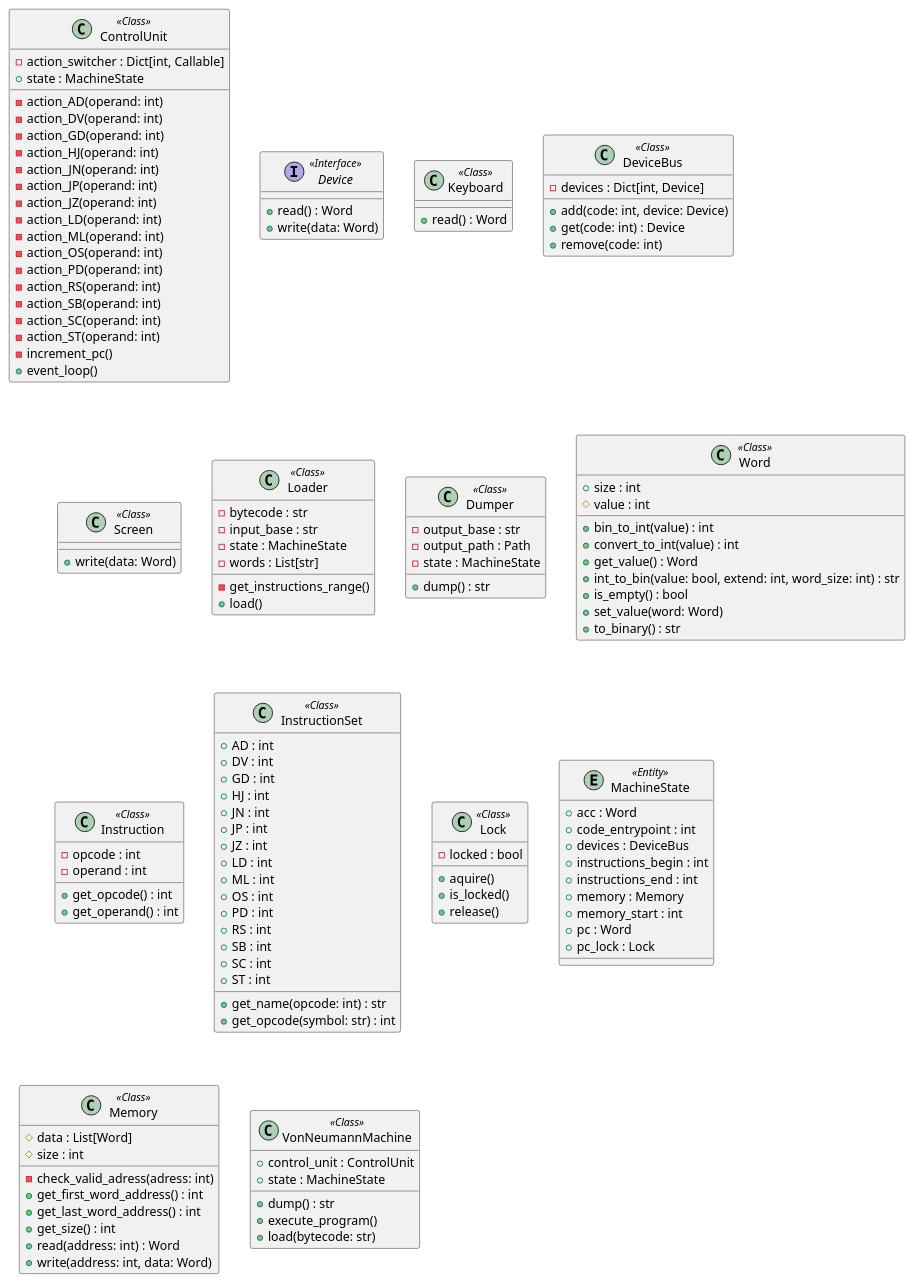
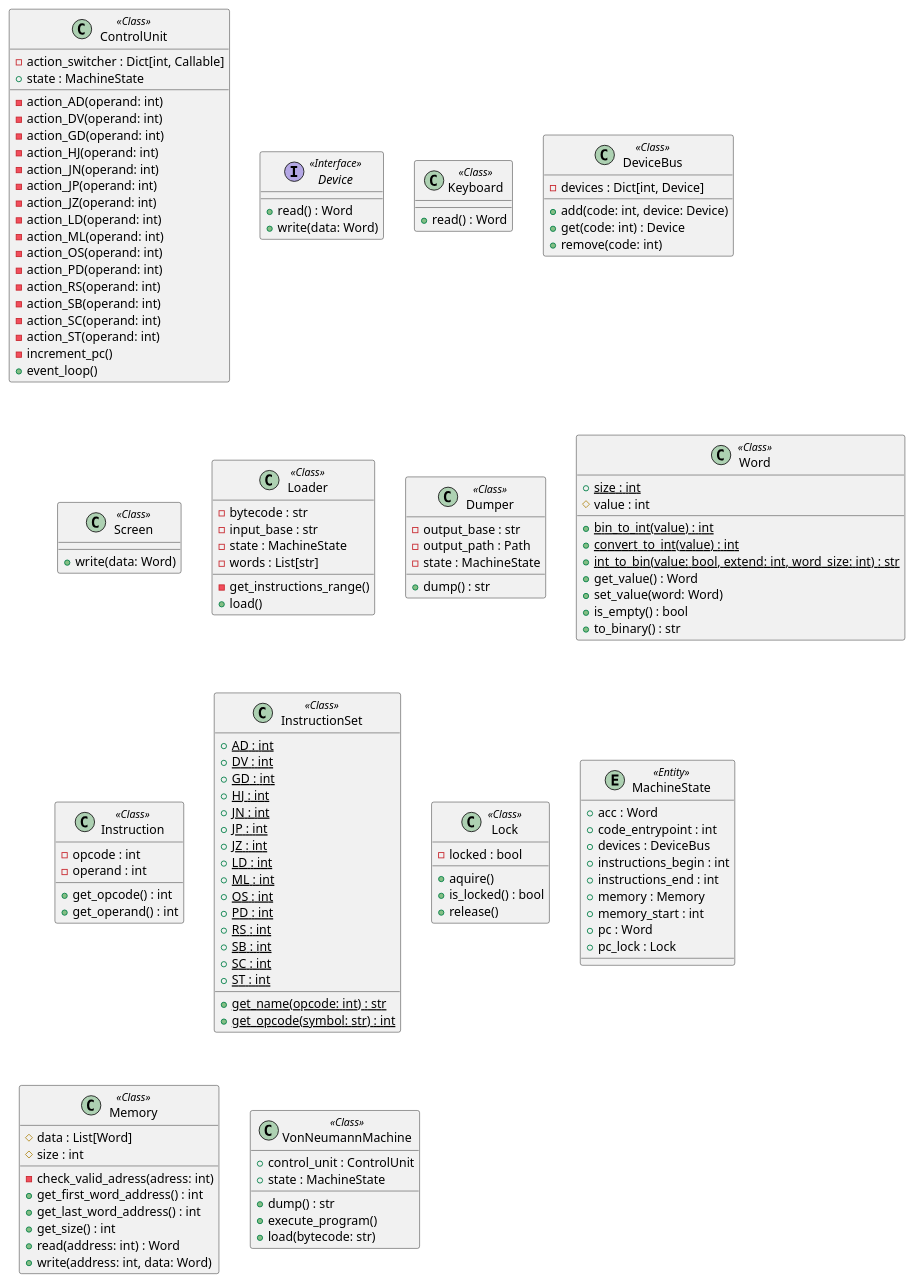
The diagram in uml/classes.iuml (nmcardoso/von-neumann-machine), drawn with PlantUML before and after one commit.

Commit message:
campos estáticos

```diff
--- a/uml/classes.iuml
+++ b/uml/classes.iuml
@@ -1,177 +1,178 @@
 @startuml classes
 set namespaceSeparator none
 
 ''''''''''''''''''''''''''''''''''''''''''''''
 '''''''''''''' PACKAGE: CONTROL ''''''''''''''
 ''''''''''''''''''''''''''''''''''''''''''''''
 
 class "ControlUnit" as pyvnm.vm.control.ControlUnit <<Class>> {
   -action_switcher : Dict[int, Callable]
   +state : MachineState
   -action_AD(operand: int)
   -action_DV(operand: int)
   -action_GD(operand: int)
   -action_HJ(operand: int)
   -action_JN(operand: int)
   -action_JP(operand: int)
   -action_JZ(operand: int)
   -action_LD(operand: int)
   -action_ML(operand: int)
   -action_OS(operand: int)
   -action_PD(operand: int)
   -action_RS(operand: int)
   -action_SB(operand: int)
   -action_SC(operand: int)
   -action_ST(operand: int)
   -increment_pc()
   +event_loop()
 }
 
 
 '''''''''''''''''''''''''''''''''''''''''''''
 '''''''''''''' PACKAGE: DEVICE ''''''''''''''
 '''''''''''''''''''''''''''''''''''''''''''''
 
 interface "Device" as pyvnm.vm.device.Device <<Interface>> {
   +read() : Word
   +write(data: Word)
 }
 
 class "Keyboard" as pyvnm.vm.device.Keyboard <<Class>> {
   +read() : Word
 }
 
 class "DeviceBus" as pyvnm.vm.device.DeviceBus <<Class>> {
   -devices : Dict[int, Device]
   +add(code: int, device: Device)
   +get(code: int) : Device 
   +remove(code: int)
 }
 
 class "Screen" as pyvnm.vm.device.Screen <<Class>> {
   +write(data: Word)
 }
 
 
 '''''''''''''''''''''''''''''''''''''''''
 '''''''''''''' PACKAGE: IO ''''''''''''''
 '''''''''''''''''''''''''''''''''''''''''
 
 class "Loader" as pyvnm.vm.io.Loader <<Class>> {
   -bytecode : str
   -input_base : str
   -state : MachineState
   -words : List[str]
   -get_instructions_range()
   +load()
 }
 
 class "Dumper" as pyvnm.vm.io.Dumper <<Class>> {
   -output_base : str
   -output_path : Path
   -state : MachineState
   +dump() : str
 }
 
 
 ''''''''''''''''''''''''''''''''''''''''''
 '''''''''''''' PACKAGE: ISA ''''''''''''''
 ''''''''''''''''''''''''''''''''''''''''''
 
 class "Word" as pyvnm.vm.isa.Word <<Class>> {
-  +size : int
+  +{static}size : int
   #value : int
-  +bin_to_int(value) : int
-  +convert_to_int(value) : int
+  +{static}bin_to_int(value) : int
+  +{static}convert_to_int(value) : int
+  +{static}int_to_bin(value: bool, extend: int, word_size: int) : str
   +get_value() : Word
-  +int_to_bin(value: bool, extend: int, word_size: int) : str
+  +set_value(word: Word)
   +is_empty() : bool
-  +set_value(word: Word)
   +to_binary() : str
 }
 
 class "Instruction" as pyvnm.vm.isa.Instruction <<Class>> {
   -opcode : int
   -operand : int
   +get_opcode() : int
   +get_operand() : int
+  ' +{static}build(opcode: int, operand: int) : Instruction
 }
 
 class "InstructionSet" as pyvnm.vm.isa.InstructionSet <<Class>> {
-  +AD : int
-  +DV : int
-  +GD : int
-  +HJ : int
-  +JN : int
-  +JP : int
-  +JZ : int
-  +LD : int
-  +ML : int
-  +OS : int
-  +PD : int
-  +RS : int
-  +SB : int
-  +SC : int
-  +ST : int
-  +get_name(opcode: int) : str
-  +get_opcode(symbol: str) : int
+  +{static}AD : int
+  +{static}DV : int
+  +{static}GD : int
+  +{static}HJ : int
+  +{static}JN : int
+  +{static}JP : int
+  +{static}JZ : int
+  +{static}LD : int
+  +{static}ML : int
+  +{static}OS : int
+  +{static}PD : int
+  +{static}RS : int
+  +{static}SB : int
+  +{static}SC : int
+  +{static}ST : int
+  +{static}get_name(opcode: int) : str
+  +{static}get_opcode(symbol: str) : int
 }
 
 
 '''''''''''''''''''''''''''''''''''''''''''''
 '''''''''''''' PACKAGE: UTILS '''''''''''''''
 '''''''''''''''''''''''''''''''''''''''''''''
 
 class "Lock" as pyvnm.vm.utils.Lock <<Class>> {
   -locked : bool
   +aquire()
-  +is_locked()
+  +is_locked() : bool
   +release()
 }
 
 
 ''''''''''''''''''''''''''''''''''''''''''''
 '''''''''''''' PACKAGE: STATE ''''''''''''''
 ''''''''''''''''''''''''''''''''''''''''''''
 
 entity "MachineState" as pyvnm.vm.state.MachineState <<Entity>> {
   +acc : Word
   +code_entrypoint : int
   +devices : DeviceBus
   +instructions_begin : int
   +instructions_end : int
   +memory : Memory
   +memory_start : int
   +pc : Word
   +pc_lock : Lock
 }
 
 
 '''''''''''''''''''''''''''''''''''''''''''''
 '''''''''''''' PACKAGE: MEMORY ''''''''''''''
 '''''''''''''''''''''''''''''''''''''''''''''
 
 class "Memory" as pyvnm.vm.memory.Memory <<Class>> {
   #data : List[Word]
   #size : int
   -check_valid_adress(adress: int)
   +get_first_word_address() : int
   +get_last_word_address() : int
   +get_size() : int
   +read(address: int) : Word
   +write(address: int, data: Word)
 }
 
 
 ''''''''''''''''''''''''''''''''''''''''''
 '''''''''''''' PACKAGE: VNM ''''''''''''''
 ''''''''''''''''''''''''''''''''''''''''''
 
 class "VonNeumannMachine" as pyvnm.vm.vnm.VonNeumannMachine <<Class>> {
   +control_unit : ControlUnit
   +state : MachineState
   +dump() : str
   +execute_program()
   +load(bytecode: str)
 }
 @enduml
```
